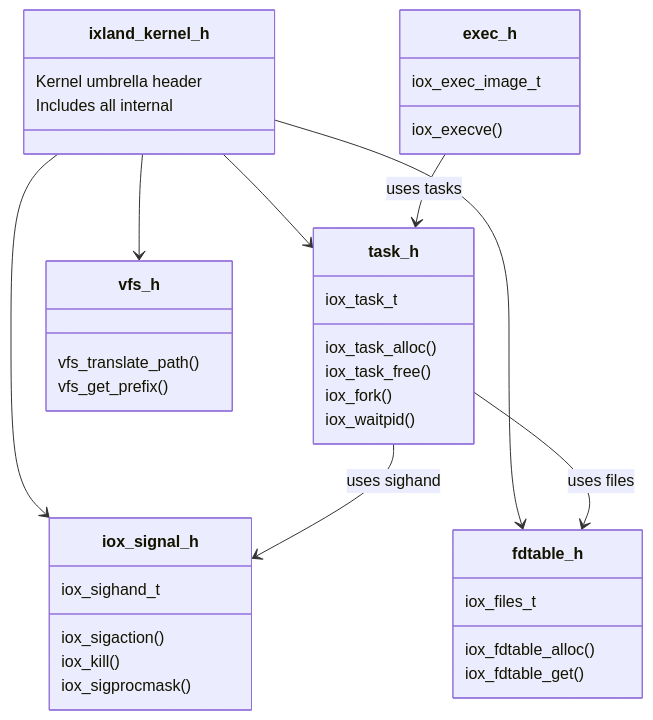
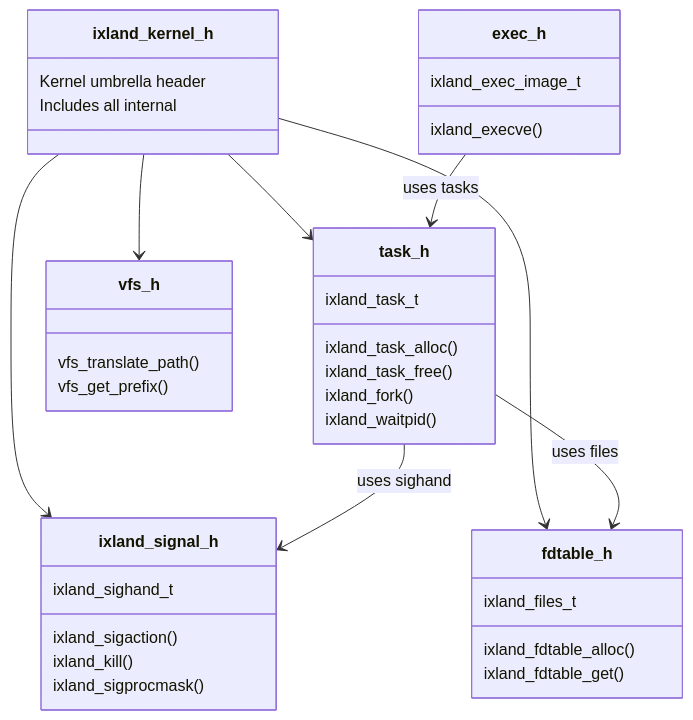
Diagram 15 of 15 in docs/ARCHITECTURE_POST_MISSION.md (rudironsoni/ixland), drawn with Mermaid before and after one commit. The commit also changed other lines of this file and 268 other files, not shown here.

Commit message:
refactor(naming): migrate remaining iox identifiers to ixland

````diff
--- a/docs/ARCHITECTURE_POST_MISSION.md
+++ b/docs/ARCHITECTURE_POST_MISSION.md
@@ -659,47 +659,47 @@
 ```mermaid
 classDiagram
     class ixland_kernel_h {
         Kernel umbrella header
         Includes all internal
     }
 
     class task_h {
-        iox_task_t
-        iox_task_alloc()
-        iox_task_free()
-        iox_fork()
-        iox_waitpid()
+        ixland_task_t
+        ixland_task_alloc()
+        ixland_task_free()
+        ixland_fork()
+        ixland_waitpid()
     }
 
-    class iox_signal_h {
-        iox_sighand_t
-        iox_sigaction()
-        iox_kill()
-        iox_sigprocmask()
+    class ixland_signal_h {
+        ixland_sighand_t
+        ixland_sigaction()
+        ixland_kill()
+        ixland_sigprocmask()
     }
 
     class vfs_h {
         vfs_translate_path()
         vfs_get_prefix()
     }
 
     class fdtable_h {
-        iox_files_t
-        iox_fdtable_alloc()
-        iox_fdtable_get()
+        ixland_files_t
+        ixland_fdtable_alloc()
+        ixland_fdtable_get()
     }
 
     class exec_h {
-        iox_execve()
-        iox_exec_image_t
+        ixland_execve()
+        ixland_exec_image_t
     }
 
     ixland_kernel_h --> task_h
-    ixland_kernel_h --> iox_signal_h
+    ixland_kernel_h --> ixland_signal_h
     ixland_kernel_h --> vfs_h
     ixland_kernel_h --> fdtable_h
 
-    task_h --> iox_signal_h : uses sighand
+    task_h --> ixland_signal_h : uses sighand
     task_h --> fdtable_h : uses files
     exec_h --> task_h : uses tasks
 ```
````
